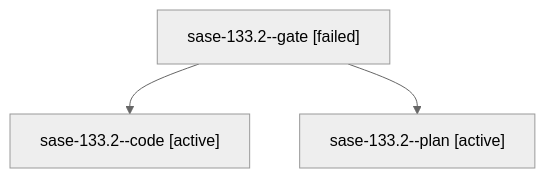
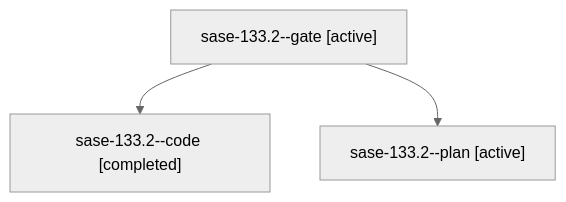
One commit to sase-org/sase--agents changed the diagram in families/bbugyi200.athena.sase-133.2.md. Above: the diagram before and after it, drawn with Mermaid (neutral theme). The commit also changed other lines of this file and 140 other files, not shown here.

````diff
--- a/families/bbugyi200.athena.sase-133.2.md
+++ b/families/bbugyi200.athena.sase-133.2.md
@@ -9,8 +9,8 @@
 ```mermaid
 flowchart TD
-  n0["sase-133.2--gate [failed]"]
-  n1["sase-133.2--code [active]"]
+  n0["sase-133.2--gate [active]"]
+  n1["sase-133.2--code [completed]"]
   n0 --> n1
   n2["sase-133.2--plan [active]"]
   n0 --> n2
 ```
````
